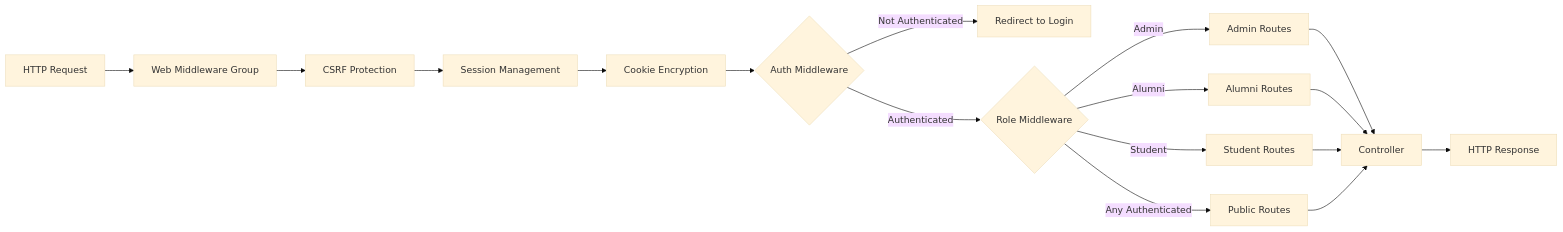
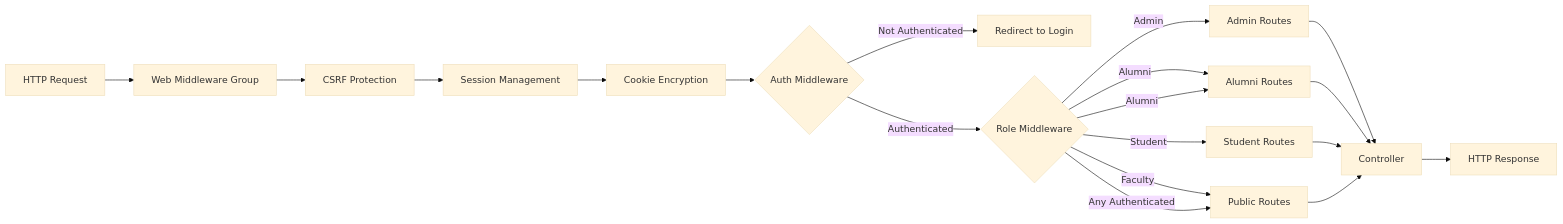
Before and after one commit to finalproject201gub/GUB-alumni-portal: diagram 18 of 24 in SYSTEM_FLOW.md, drawn with Mermaid (base theme). The commit also changed other lines of this file and 4 other files, not shown here.

Commit message:
docs: Refactor role-based access control diagram to a sequence diagram and integrate Faculty role into system flow.

````diff
--- a/SYSTEM_FLOW.md
+++ b/SYSTEM_FLOW.md
@@ -747,23 +756,25 @@
 ```mermaid
 graph LR
     Request[HTTP Request] --> Web[Web Middleware Group]
     Web --> CSRF[CSRF Protection]
     CSRF --> Session[Session Management]
     Session --> Cookie[Cookie Encryption]
     Cookie --> Auth{Auth Middleware}
     
     Auth -->|Not Authenticated| Login[Redirect to Login]
     Auth -->|Authenticated| RoleCheck{Role Middleware}
     
     RoleCheck -->|Admin| AdminRoutes[Admin Routes]
     RoleCheck -->|Alumni| AlumniRoutes[Alumni Routes]
+    RoleCheck -->|Alumni| AlumniRoutes[Alumni Routes]
     RoleCheck -->|Student| StudentRoutes[Student Routes]
+    RoleCheck -->|Faculty| PublicRoutes
     RoleCheck -->|Any Authenticated| PublicRoutes[Public Routes]
     
     AdminRoutes --> Controller[Controller]
     AlumniRoutes --> Controller
     StudentRoutes --> Controller
     PublicRoutes --> Controller
     
     Controller --> Response[HTTP Response]
 ```
````
